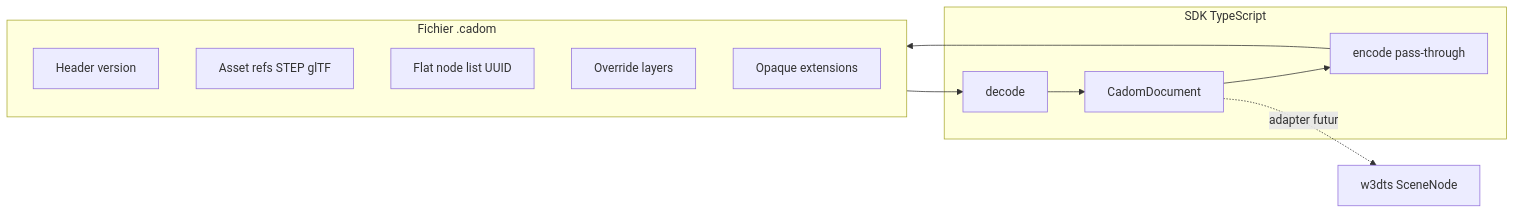
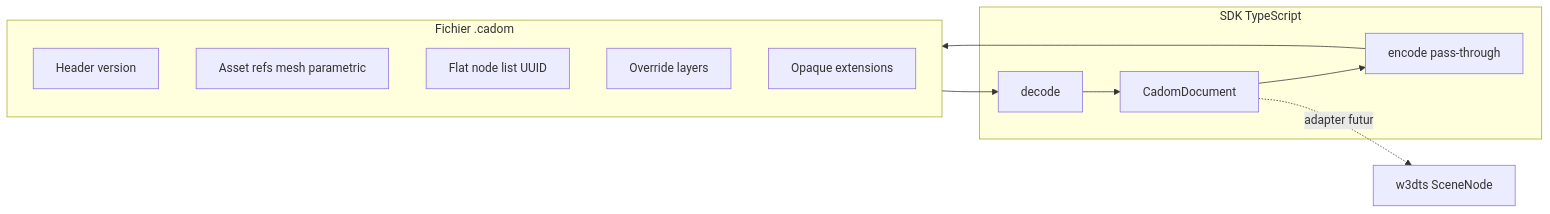
The diagram in documentation/plan-mvp-a-cadom.md (naanouff/OpenCAD), drawn with Mermaid before and after one commit. The commit also changed other lines of this file and 4 other files, not shown here.

````diff
--- a/documentation/plan-mvp-a-cadom.md
+++ b/documentation/plan-mvp-a-cadom.md
@@ -24,17 +27,17 @@
 ```mermaid
 flowchart LR
   subgraph file [Fichier .cadom]
     Header[Header version]
-    Assets[Asset refs STEP glTF]
+    Assets[Asset refs mesh parametric]
     Nodes[Flat node list UUID]
     Overrides[Override layers]
     Ext[Opaque extensions]
   end
   subgraph sdk [SDK TypeScript]
     Parse[decode]
     Graph[CadomDocument]
     Encode[encode pass-through]
   end
   file --> Parse --> Graph --> Encode --> file
   Graph -.->|"adapter futur"| W3DTS[w3dts SceneNode]
 ```
````
